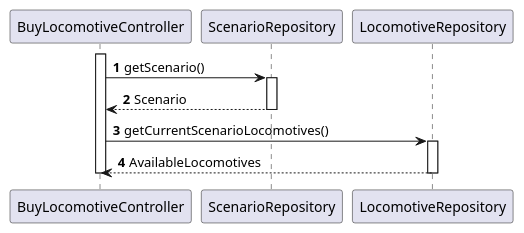
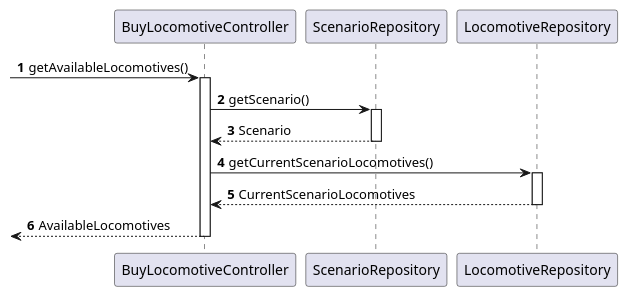
One commit to Andremonteiro1240850/railway_simulator changed the diagram in docs/system-documentation/US09/03.design/puml/US009-SD-partial-get-available-locomotives.puml. Above: the diagram before and after it, drawn with PlantUML. The commit also changed 19 other files, not shown here.

```diff
--- a/docs/system-documentation/US09/03.design/puml/US009-SD-partial-get-available-locomotives.puml
+++ b/docs/system-documentation/US09/03.design/puml/US009-SD-partial-get-available-locomotives.puml
@@ -1,19 +1,23 @@
 @startuml
 autonumber
 participant BuyLocomotiveController
-activate BuyLocomotiveController
+
 participant ScenarioRepository
 participant LocomotiveRepository
 
+-> BuyLocomotiveController : getAvailableLocomotives()
+activate BuyLocomotiveController
 BuyLocomotiveController -> ScenarioRepository : getScenario()
 activate ScenarioRepository
 ScenarioRepository --> BuyLocomotiveController : Scenario
 deactivate ScenarioRepository
 
 BuyLocomotiveController -> LocomotiveRepository : getCurrentScenarioLocomotives()
 activate LocomotiveRepository
-LocomotiveRepository --> BuyLocomotiveController : AvailableLocomotives
+LocomotiveRepository --> BuyLocomotiveController : CurrentScenarioLocomotives
 deactivate LocomotiveRepository
 
+<--BuyLocomotiveController  : AvailableLocomotives
 deactivate BuyLocomotiveController
+
 @enduml
```
